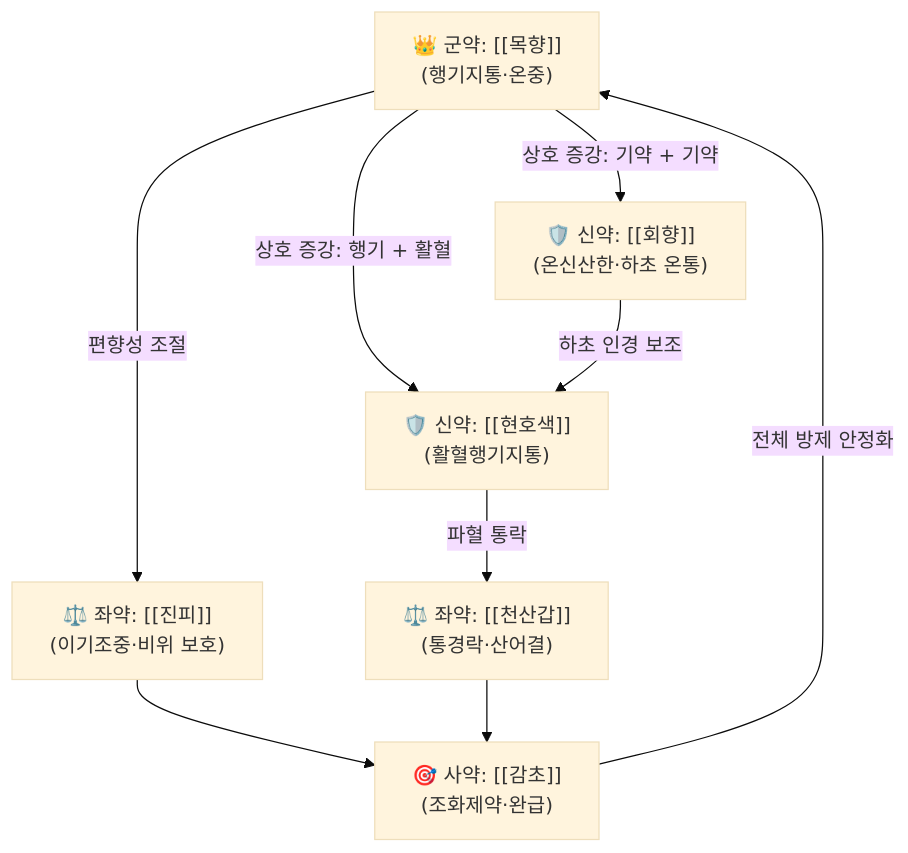
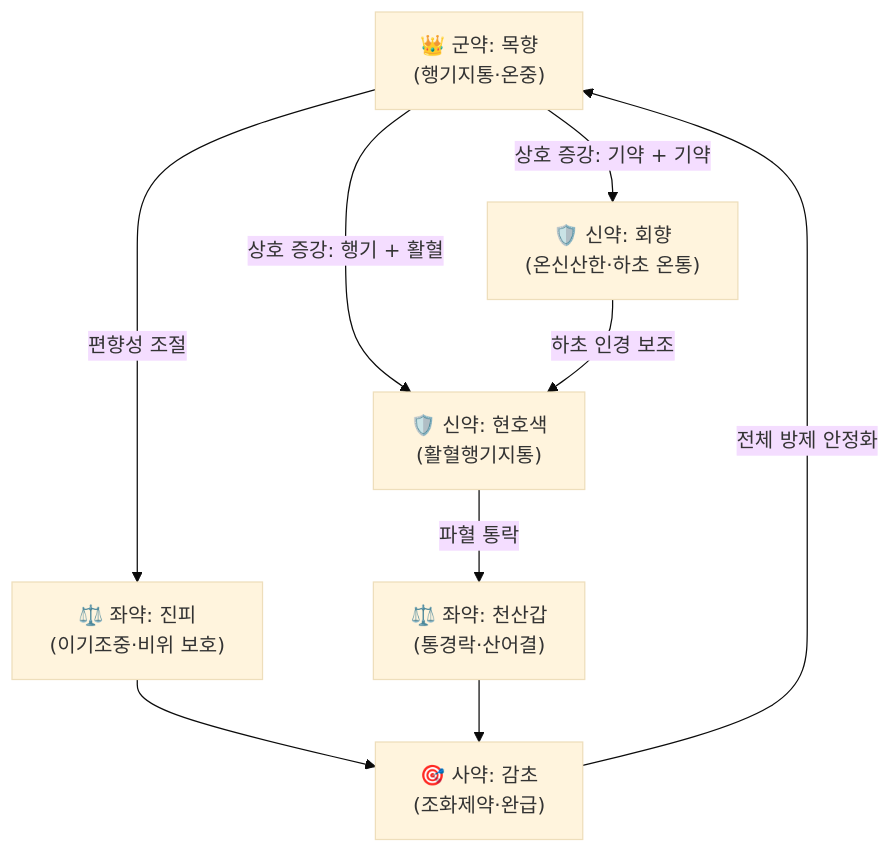
Before and after one commit to simbio11/simbio-digital-garden2: the diagram in content/2. 약리 공부/처방/05_활혈거어·지혈제/복원통기산.md, drawn with Mermaid (base theme). The commit also changed other lines of this file and 105 other files, not shown here.

````diff
--- a/content/2. 약리 공부/처방/05_활혈거어·지혈제/복원통기산.md
+++ b/content/2. 약리 공부/처방/05_활혈거어·지혈제/복원통기산.md
@@ -57,11 +58,11 @@
 ```mermaid
 graph TD
-    Gun["👑 군약: [[목향]]<br>(행기지통·온중)"] -->|상호 증강: 기약 + 기약| Sin1["🛡️ 신약: [[회향]]<br>(온신산한·하초 온통)"]
-    Gun -->|상호 증강: 행기 + 활혈| Sin2["🛡️ 신약: [[현호색]]<br>(활혈행기지통)"]
+    Gun["👑 군약: 목향<br>(행기지통·온중)"] -->|상호 증강: 기약 + 기약| Sin1["🛡️ 신약: 회향<br>(온신산한·하초 온통)"]
+    Gun -->|상호 증강: 행기 + 활혈| Sin2["🛡️ 신약: 현호색<br>(활혈행기지통)"]
     Sin1 -->|하초 인경 보조| Sin2
-    Gun -->|편향성 조절| Jwa1["⚖️ 좌약: [[진피]]<br>(이기조중·비위 보호)"]
-    Sin2 -->|파혈 통락| Jwa2["⚖️ 좌약: [[천산갑]]<br>(통경락·산어결)"]
-    Jwa1 --> Sa["🎯 사약: [[감초]]<br>(조화제약·완급)"]
+    Gun -->|편향성 조절| Jwa1["⚖️ 좌약: 진피<br>(이기조중·비위 보호)"]
+    Sin2 -->|파혈 통락| Jwa2["⚖️ 좌약: 천산갑<br>(통경락·산어결)"]
+    Jwa1 --> Sa["🎯 사약: 감초<br>(조화제약·완급)"]
     Jwa2 --> Sa
     Sa -->|전체 방제 안정화| Gun
 ```
````
